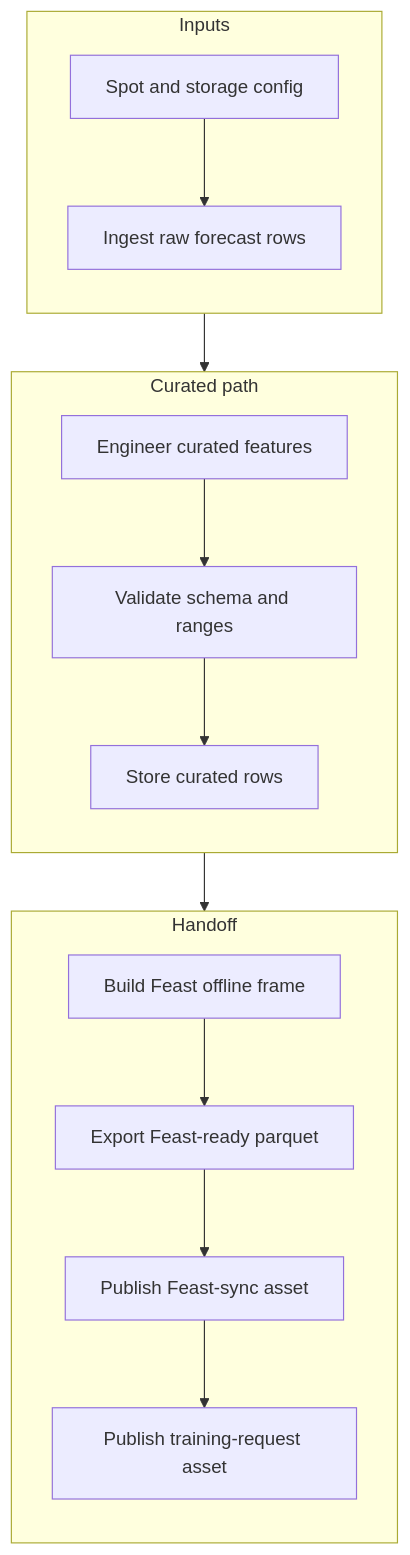
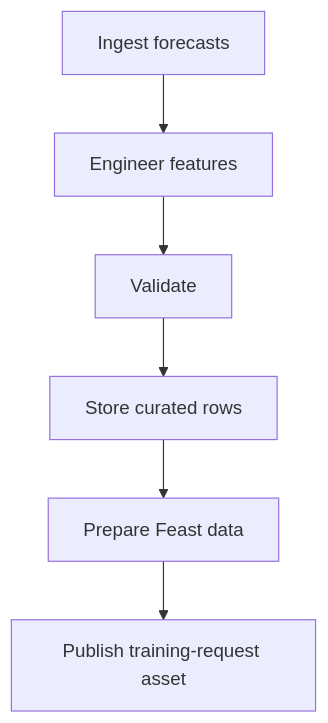
One commit to javihslu/foehncast changed the first of 2 diagrams in docs/site/system/feature-pipeline.md. Above: the diagram before and after it, drawn with Mermaid. The commit also changed other lines of this file and 12 other files, not shown here.

```diff
--- a/docs/site/system/feature-pipeline.md
+++ b/docs/site/system/feature-pipeline.md
@@ -15,29 +7,8 @@
 <div class="mermaid">
 flowchart TD
-    subgraph Input ["Inputs"]
-        direction TB
-        CFG["Spot and storage config"]
-        ING["Ingest raw forecast rows"]
-        CFG --> ING
-    end
-
-    subgraph Curated ["Curated path"]
-        direction TB
-        ENG["Engineer curated features"]
-        VAL["Validate schema and ranges"]
-        STO["Store curated rows"]
-        ENG --> VAL --> STO
-    end
-
-    subgraph Handoff ["Handoff"]
-        direction TB
-        OFF["Build Feast offline frame"]
-        EXP["Export Feast-ready parquet"]
-        FEAST["Publish Feast-sync asset"]
-        REQ["Publish training-request asset"]
-        OFF --> EXP --> FEAST --> REQ
-    end
-
-    ING --> ENG
-    STO --> OFF
+    ING["Ingest forecasts"] --> ENG["Engineer features"]
+    ENG --> VAL["Validate"]
+    VAL --> STO["Store curated rows"]
+    STO --> FEAST["Prepare Feast data"]
+    FEAST --> REQ["Publish training-request asset"]
 </div>
```
